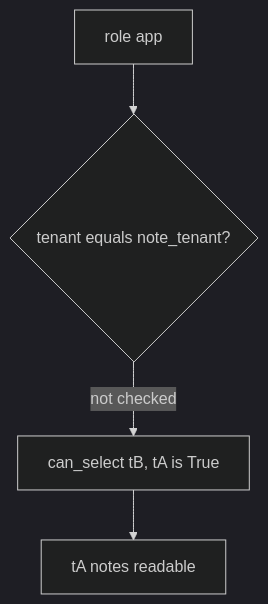
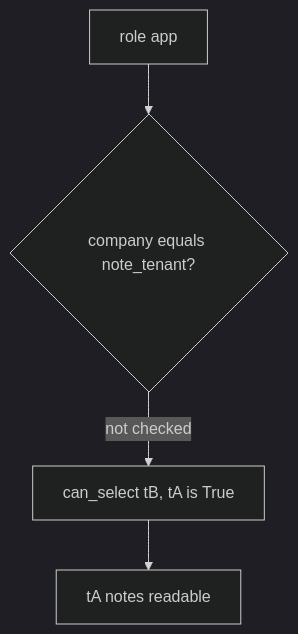
Before and after one commit to ishitvagoel/LearnSecurity: the diagram in content/modules/3/3.3/lessons/03-break.md, drawn with Mermaid (dark theme). The commit also changed other lines of this file and 31 other files, not shown here.

````diff
--- a/content/modules/3/3.3/lessons/03-break.md
+++ b/content/modules/3/3.3/lessons/03-break.md
@@ -17,6 +26,6 @@
 ```mermaid
 flowchart TD
-  App["role app"] --> Pred{"tenant equals note_tenant?"}
+  App["role app"] --> Pred{"company equals note_tenant?"}
   Pred -->|not checked| Allow["can_select tB, tA is True"]
   Allow --> Body["tA notes readable"]
 ```
````
